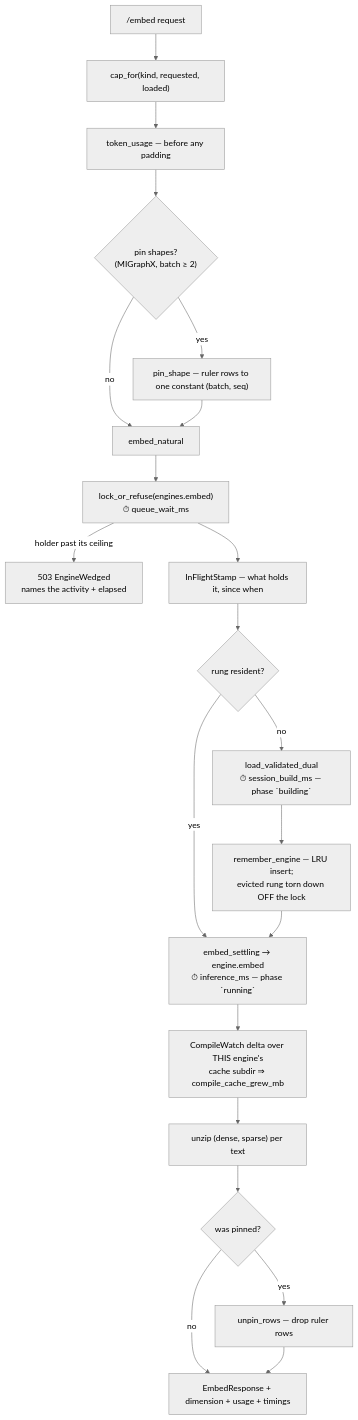
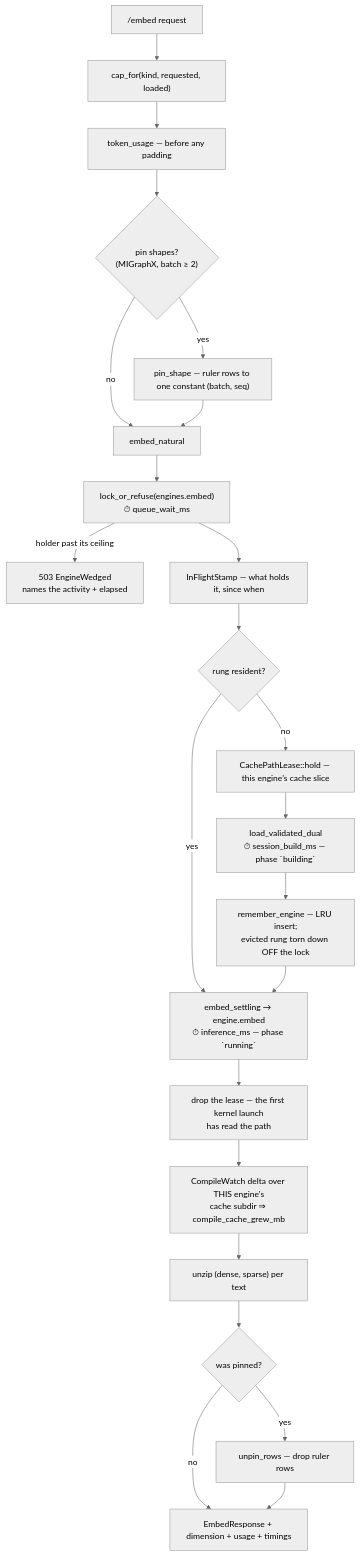
One commit to oleksandrdubyna88/dew_flow_sidecar_rust changed the diagram in research/module_inference.md. Above: the diagram before and after it, drawn with Mermaid (neutral theme). The commit also changed other lines of this file and 5 other files, not shown here.

````diff
--- a/research/module_inference.md
+++ b/research/module_inference.md
@@ -18,24 +18,26 @@
 ```mermaid
 flowchart TD
     REQ["/embed request"] --> CAP["cap_for(kind, requested, loaded)"]
     CAP --> USAGE["token_usage — before any padding"]
     USAGE --> PIN{"pin shapes?<br/>(MIGraphX, batch ≥ 2)"}
     PIN -->|yes| RULER["pin_shape — ruler rows to one constant (batch, seq)"]
     PIN -->|no| NATURAL
     RULER --> NATURAL["embed_natural"]
 
     NATURAL --> WAIT["lock_or_refuse(engines.embed)<br/>⏱ queue_wait_ms"]
     WAIT -->|holder past its ceiling| REFUSE["503 EngineWedged<br/>names the activity + elapsed"]
     WAIT --> STAMP["InFlightStamp — what holds it, since when"]
     STAMP --> RESIDENT{"rung resident?"}
-    RESIDENT -->|no| BUILD["load_validated_dual<br/>⏱ session_build_ms — phase `building`"]
+    RESIDENT -->|no| CLAIM["CachePathLease::hold — this engine's cache slice"]
     RESIDENT -->|yes| RUN
+    CLAIM --> BUILD["load_validated_dual<br/>⏱ session_build_ms — phase `building`"]
     BUILD --> REMEMBER["remember_engine — LRU insert;<br/>evicted rung torn down OFF the lock"]
     REMEMBER --> RUN["embed_settling → engine.embed<br/>⏱ inference_ms — phase `running`"]
-    RUN --> GROWTH["CompileWatch delta over THIS engine's<br/>cache subdir ⇒ compile_cache_grew_mb"]
+    RUN --> RELEASE["drop the lease — the first kernel launch<br/>has read the path"]
+    RELEASE --> GROWTH["CompileWatch delta over THIS engine's<br/>cache subdir ⇒ compile_cache_grew_mb"]
     GROWTH --> UNZIP["unzip (dense, sparse) per text"]
     UNZIP --> UNPIN{"was pinned?"}
     UNPIN -->|yes| STRIP["unpin_rows — drop ruler rows"]
     UNPIN -->|no| OUT
     STRIP --> OUT["EmbedResponse + dimension + usage + timings"]
 ```
````
